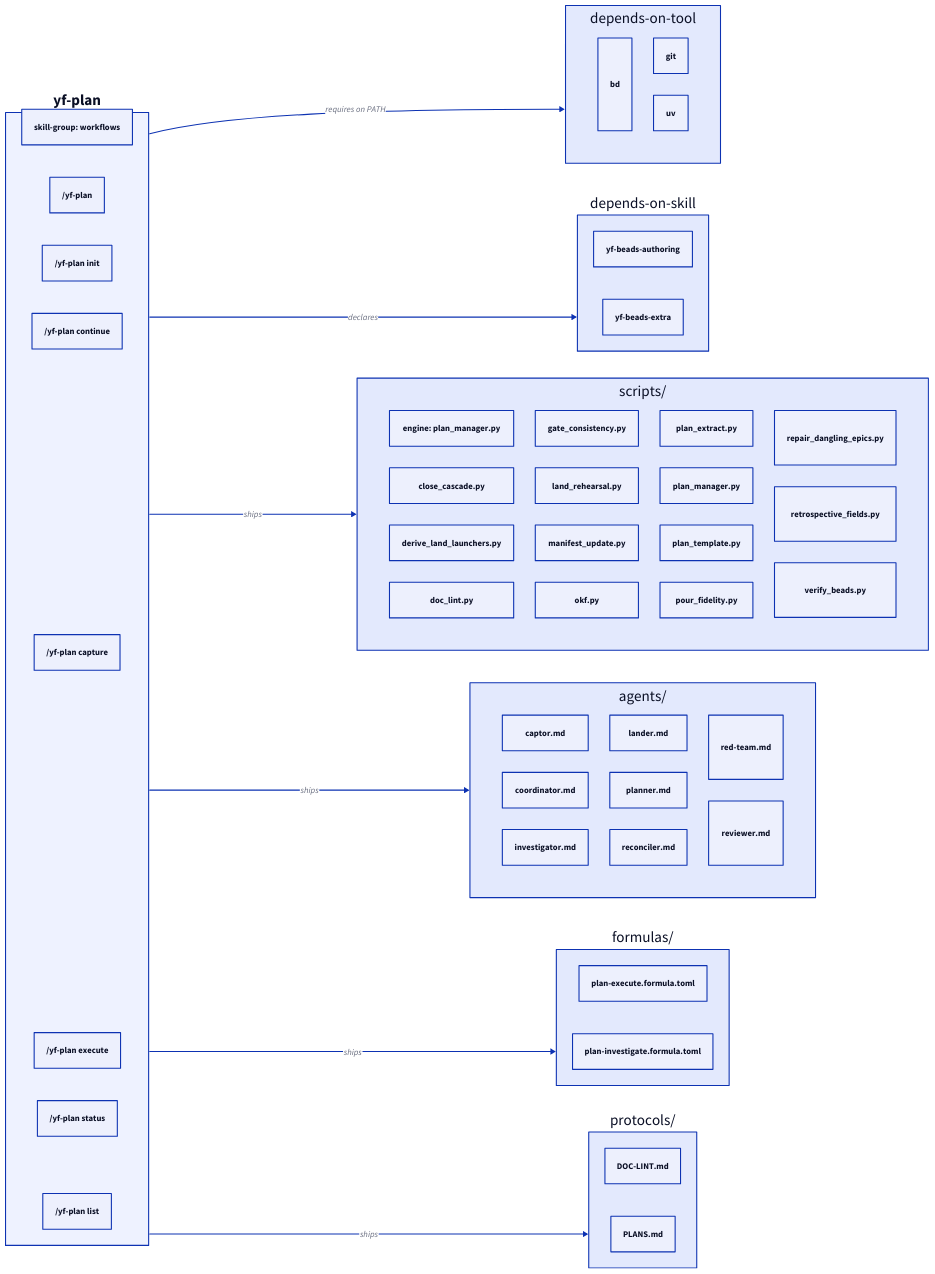
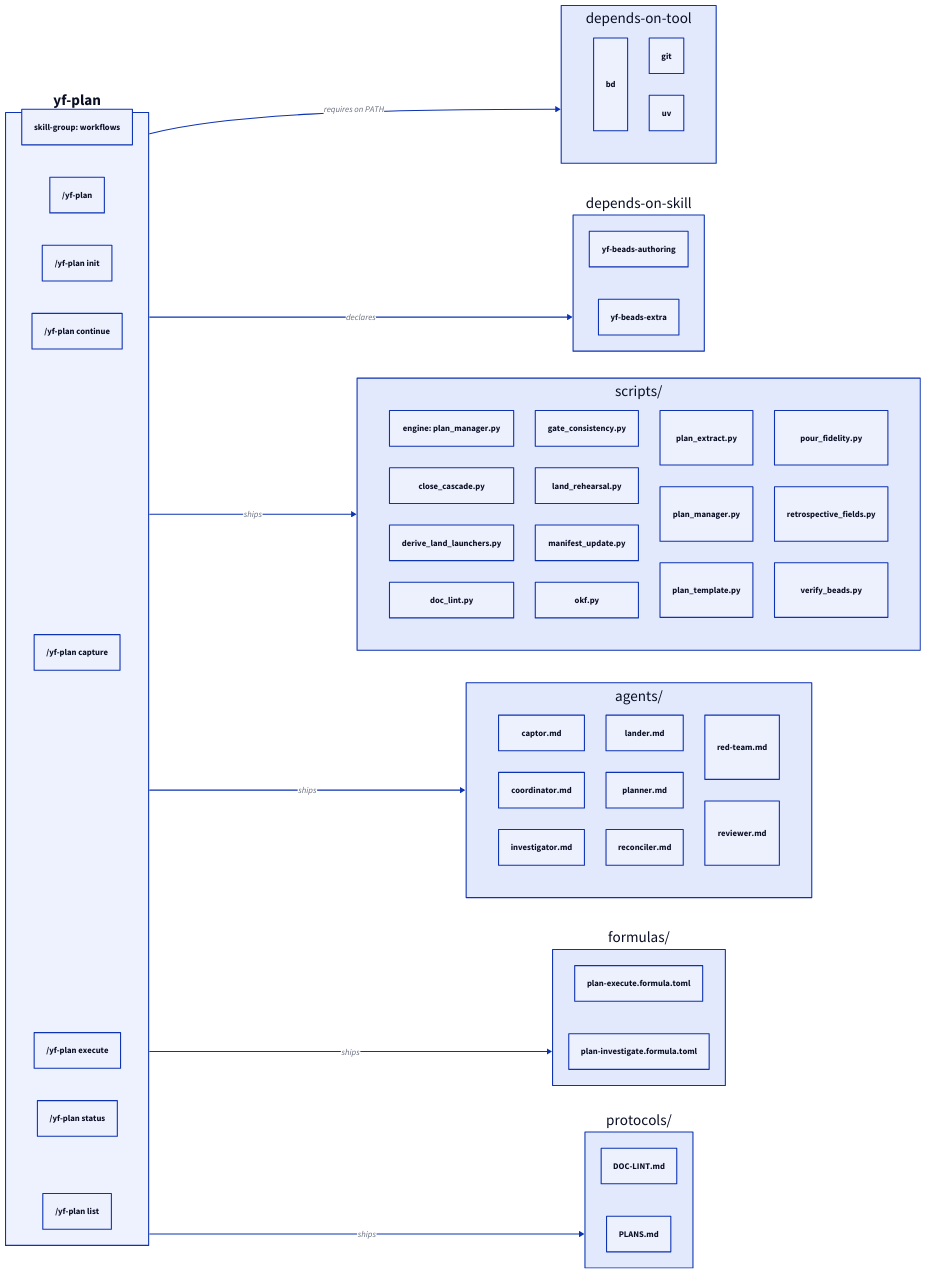
One commit to dixson3/yoshiko-flow changed the diagram in web/content/images/skills/yf-plan.d2. Above: the diagram before and after it, drawn with D2. The commit also changed 38 other files, not shown here.

First line of the commit message:
plan-071 Issue 4.5: delete 22 unwired checks/scripts (harness-selftest + wrapped, plan066_checks, repair_dangling_epics, test_judgement_trigger); retire their citations; wire test_escalations and test_severity_vocabulary into CV; pin plan-060's cli-verbs figure

```diff
--- a/web/content/images/skills/yf-plan.d2
+++ b/web/content/images/skills/yf-plan.d2
@@ -1,88 +1,87 @@
 # GENERATED by web/plugins/skill_diagrams.py — DO NOT EDIT BY HAND.
 # Regenerate: uv run web/plugins/skill_diagrams.py
 # Verify:     uv run web/plugins/skill_diagrams.py --check
 # Source of truth: skills/yf-plan/SKILL.md frontmatter + directory listings,
 # read through web/plugins/skill_model.py — the SAME reader the site page uses.
 # nodes=10 edges=9 (threshold: nodes >= 5)
 direction: right
 
 yf_plan: {
   label: "yf-plan"
   style.fill: "#eef2ff"
   style.bold: true
   group: "skill-group: workflows"
   invocation: "/yf-plan"
   verb_init: "/yf-plan init"
   verb_continue: "/yf-plan continue"
   verb_capture: "/yf-plan capture"
   verb_execute: "/yf-plan execute"
   verb_status: "/yf-plan status"
   verb_list: "/yf-plan list"
 }
 
 tools: {
   label: "depends-on-tool"
   grid-columns: 2
   bd: "bd"
   git: "git"
   uv: "uv"
 }
 
 deps: {
   label: "depends-on-skill"
   # single column
   yf_beads_authoring: "yf-beads-authoring"
   yf_beads_extra: "yf-beads-extra"
 }
 
 scripts: {
   label: "scripts/"
   engine: "engine: plan_manager.py"
   grid-columns: 4
   close_cascade_py: "close_cascade.py"
   derive_land_launchers_py: "derive_land_launchers.py"
   doc_lint_py: "doc_lint.py"
   gate_consistency_py: "gate_consistency.py"
   land_rehearsal_py: "land_rehearsal.py"
   manifest_update_py: "manifest_update.py"
   okf_py: "okf.py"
   plan_extract_py: "plan_extract.py"
   plan_manager_py: "plan_manager.py"
   plan_template_py: "plan_template.py"
   pour_fidelity_py: "pour_fidelity.py"
-  repair_dangling_epics_py: "repair_dangling_epics.py"
   retrospective_fields_py: "retrospective_fields.py"
   verify_beads_py: "verify_beads.py"
 }
 
 agents: {
   label: "agents/"
   grid-columns: 3
   captor_md: "captor.md"
   coordinator_md: "coordinator.md"
   investigator_md: "investigator.md"
   lander_md: "lander.md"
   planner_md: "planner.md"
   reconciler_md: "reconciler.md"
   red_team_md: "red-team.md"
   reviewer_md: "reviewer.md"
 }
 
 formulas: {
   label: "formulas/"
   plan_execute_formula_toml: "plan-execute.formula.toml"
   plan_investigate_formula_toml: "plan-investigate.formula.toml"
 }
 
 protocols: {
   label: "protocols/"
   DOC_LINT_md: "DOC-LINT.md"
   PLANS_md: "PLANS.md"
 }
 
 yf_plan -> tools: "requires on PATH"
 yf_plan -> deps: "declares"
 yf_plan -> scripts: "ships"
 yf_plan -> agents: "ships"
 yf_plan -> formulas: "ships"
 yf_plan -> protocols: "ships"
```
